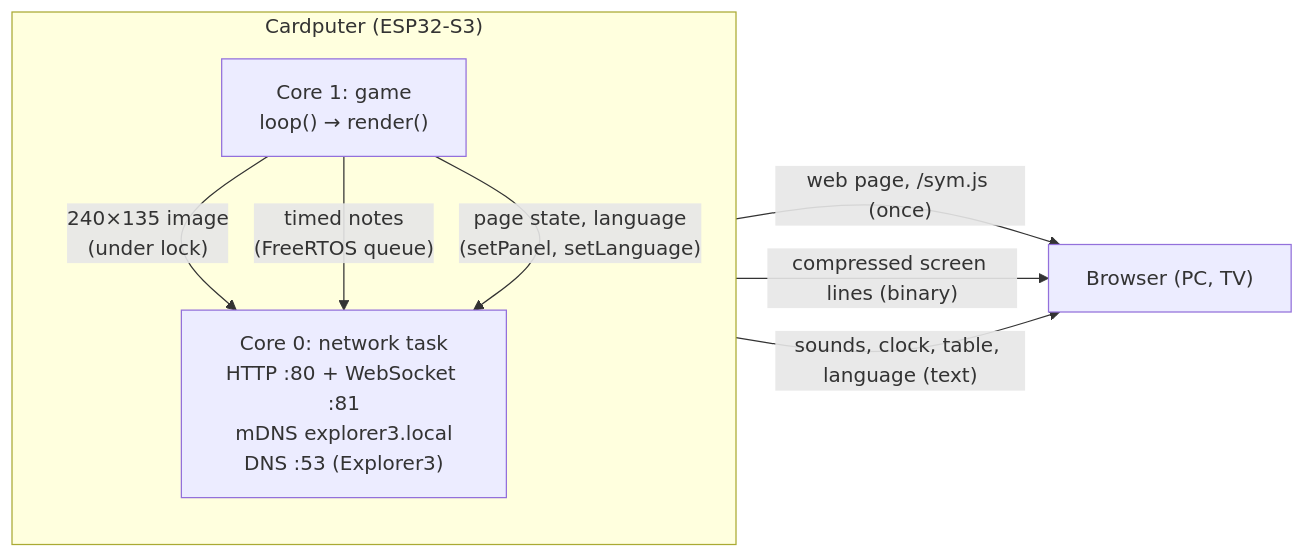
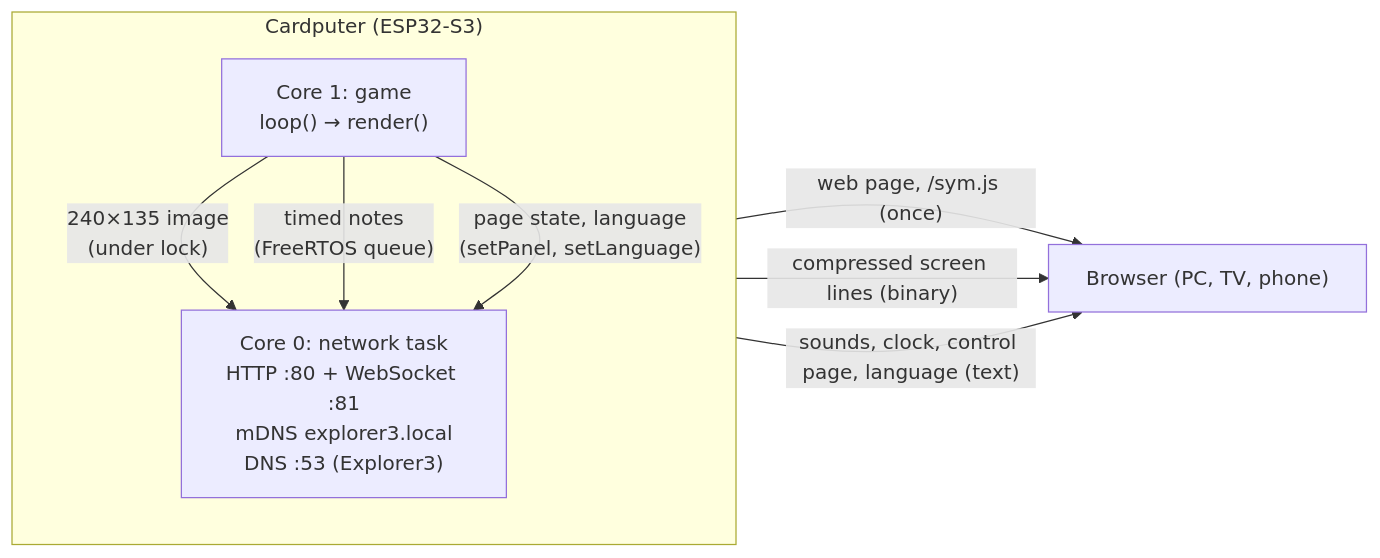
The second of 2 diagrams in docs/TECHNICAL.md (RyoSaeba89/Escape-Game-Cardputer), drawn with Mermaid before and after one commit. The commit also changed other lines of this file and 9 other files, not shown here.

````diff
--- a/docs/TECHNICAL.md
+++ b/docs/TECHNICAL.md
@@ -263,13 +267,13 @@
 ```mermaid
 flowchart LR
     subgraph Cardputer["Cardputer (ESP32-S3)"]
         direction TB
         G["Core 1: game<br/>loop() → render()"] -->|"240×135 image<br/>(under lock)"| N
         G -->|"timed notes<br/>(FreeRTOS queue)"| N
         G -->|"page state, language<br/>(setPanel, setLanguage)"| N
         N["Core 0: network task<br/>HTTP :80 + WebSocket :81<br/>mDNS explorer3.local<br/>DNS :53 (Explorer3)"]
     end
-    N -->|"web page, /sym.js (once)"| B["Browser (PC, TV)"]
+    N -->|"web page, /sym.js (once)"| B["Browser (PC, TV, phone)"]
     N -->|"compressed screen lines (binary)"| B
-    N -->|"sounds, clock, table, language (text)"| B
+    N -->|"sounds, clock, control page, language (text)"| B
 ```
````
